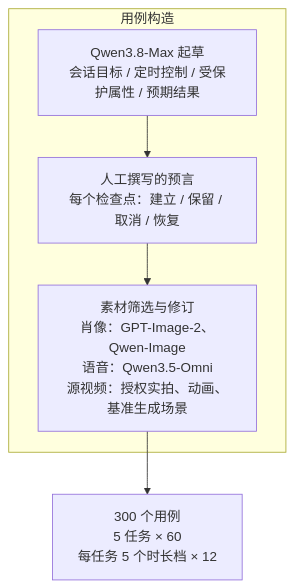
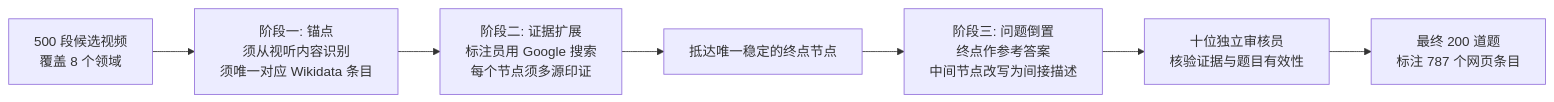
The second of 4 diagrams in docs/index.md (yingwang/paper-reads), drawn with Mermaid before and after one commit. The commit also changed other lines of this file and 2 other files, not shown here.

````diff
--- a/docs/index.md
+++ b/docs/index.md
@@ -70,8 +104,9 @@
 ```mermaid
-flowchart TB
-    subgraph 用例构造
-        A[Qwen3.8-Max 起草<br/>会话目标 / 定时控制 / 受保护属性 / 预期结果] --> B[人工撰写的预言<br/>每个检查点：建立 / 保留 / 取消 / 恢复]
-        B --> C[素材筛选与修订<br/>肖像：GPT-Image-2、Qwen-Image<br/>语音：Qwen3.5-Omni<br/>源视频：授权实拍、动画、基准生成场景]
-    end
-    C --> D[300 个用例<br/>5 任务 × 60<br/>每任务 5 个时长档 × 12]
+flowchart LR
+    V[500 段候选视频<br/>覆盖 8 个领域] --> A1[阶段一: 锚点<br/>须从视听内容识别<br/>须唯一对应 Wikidata 条目]
+    A1 --> A2[阶段二: 证据扩展<br/>标注员用 Google 搜索<br/>每个节点须多源印证]
+    A2 --> T[抵达唯一稳定的终点节点]
+    T --> A3[阶段三: 问题倒置<br/>终点作参考答案<br/>中间节点改写为间接描述]
+    A3 --> R[十位独立审核员<br/>核验证据与题目有效性]
+    R --> F[最终 200 道题<br/>标注 787 个网页条目]
 ```
````
